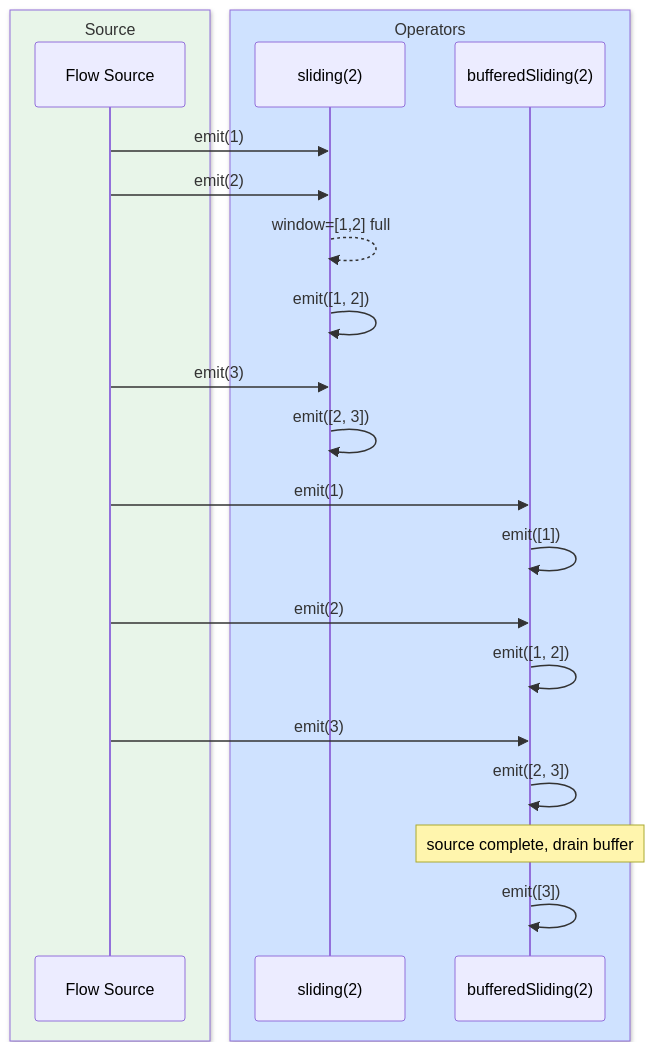
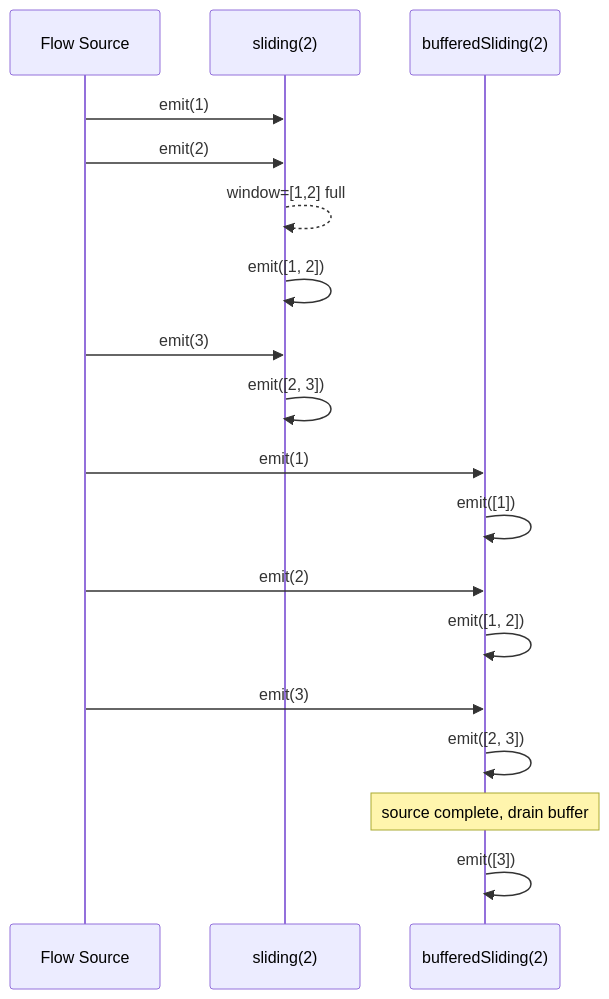
Before and after one commit to bluetape4k/bluetape4k-projects: the seventh of 16 diagrams in bluetape4k/coroutines/README.md, drawn with Mermaid. The commit also changed other lines of this file and 219 other files, not shown here.

First line of the commit message:
docs: 전체 README Mermaid 다이어그램 가이드 적용

````diff
--- a/bluetape4k/coroutines/README.md
+++ b/bluetape4k/coroutines/README.md
@@ -442,24 +424,20 @@
 ```mermaid
 sequenceDiagram
-    box rgb(232, 245, 233) Source
         participant S as Flow Source
-    end
-    box rgb(207, 226, 255) Operators
         participant SL as sliding(2)
         participant BS as bufferedSliding(2)
-    end
     S ->> SL: emit(1)
     S ->> SL: emit(2)
     SL -->> SL: window=[1,2] full
     SL ->> SL: emit([1, 2])
     S ->> SL: emit(3)
     SL ->> SL: emit([2, 3])
     S ->> BS: emit(1)
     BS ->> BS: emit([1])
     S ->> BS: emit(2)
     BS ->> BS: emit([1, 2])
     S ->> BS: emit(3)
     BS ->> BS: emit([2, 3])
     Note over BS: source complete, drain buffer
     BS ->> BS: emit([3])
 ```
````
